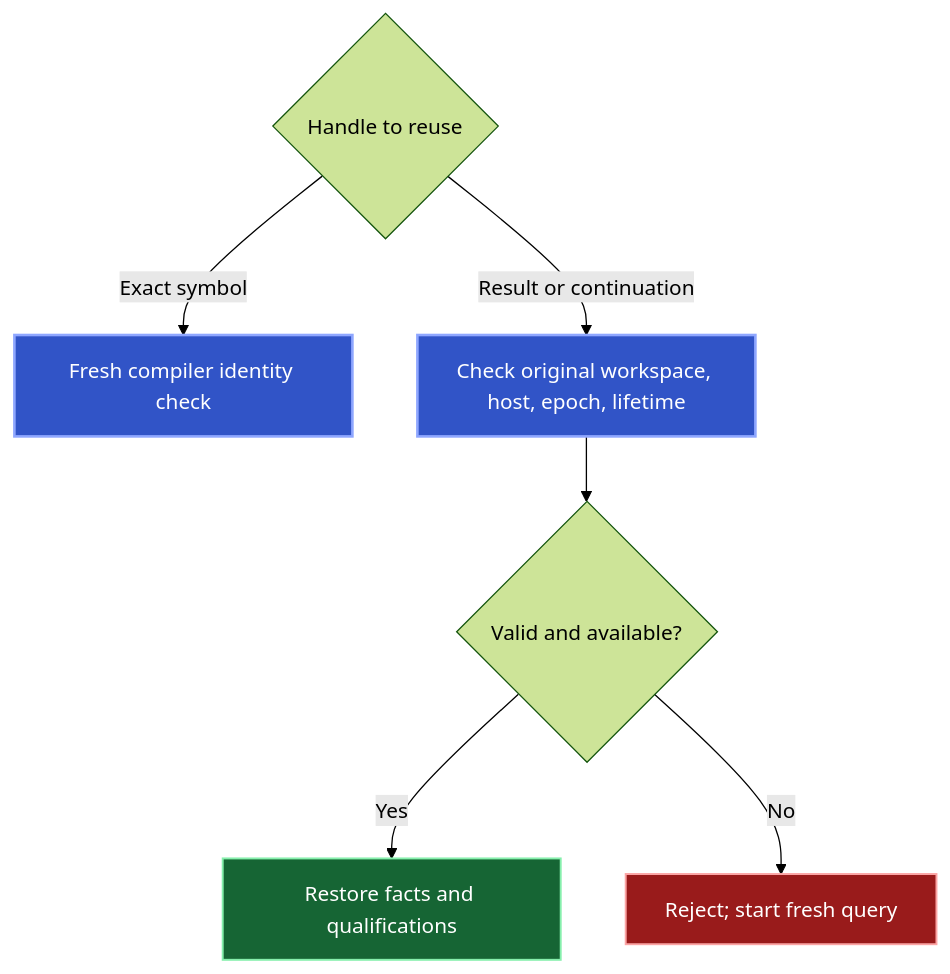
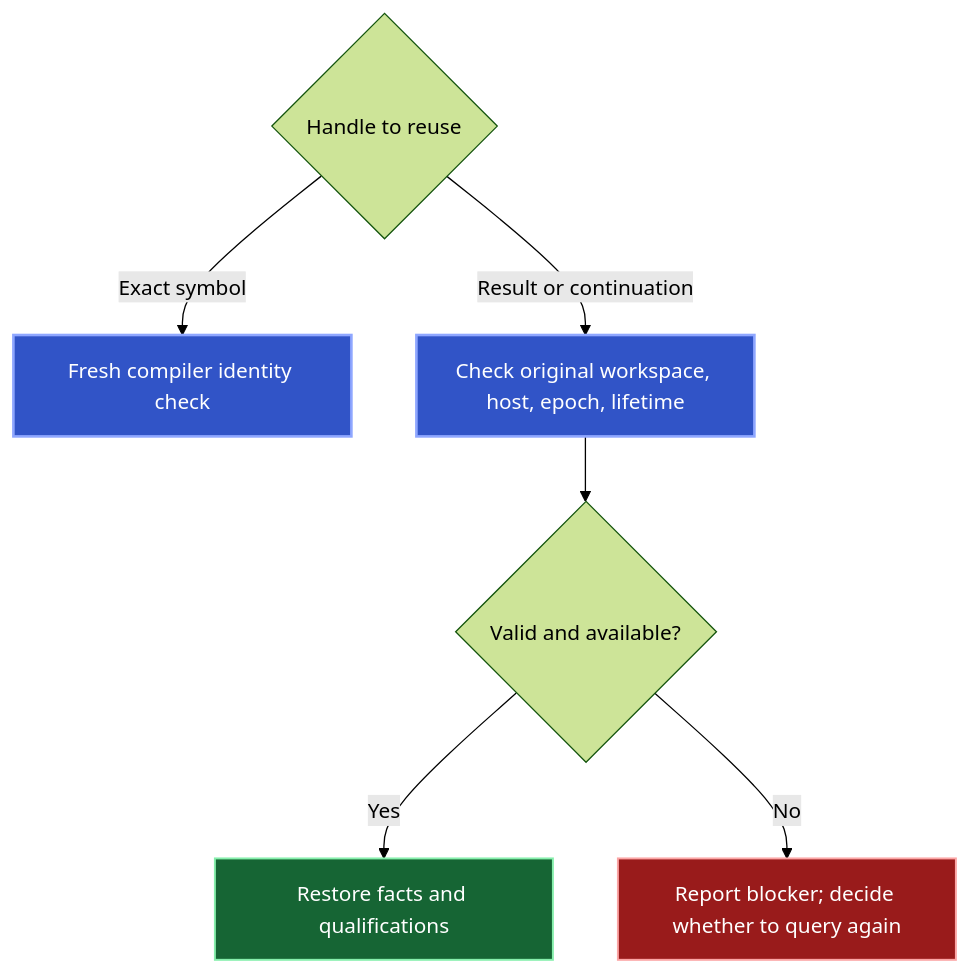
The second of 2 diagrams in docs/public/reference/responses.mdx (amichne/kast), drawn with Mermaid (forest theme) before and after one commit. The commit also changed other lines of this file and 15 other files, not shown here.

First line of the commit message:
Own bounded query delivery in portable clients (#995)

````diff
--- a/docs/public/reference/responses.mdx
+++ b/docs/public/reference/responses.mdx
@@ -148,17 +148,17 @@
 ```mermaid
 flowchart TB
-  accTitle: Exact symbols and retained execution have different reuse rules
-  accDescr: Exact symbol references can undergo fresh compiler identity checks. Retained rows and continuations require their original workspace, host, read state, and lifetime. Invalid state requires a new query.
+  accTitle: Exact symbols and retained output have different reuse rules
+  accDescr: Exact symbol references can undergo fresh compiler identity checks. Retained rows and continuations require their original workspace, host, read state, and lifetime. Invalid state blocks delivery; a fresh query requires a new decision.
   H{"Handle to reuse"} -->|Exact symbol| E["Fresh compiler identity check"]
   H -->|Result or continuation| S["Check original workspace, host, epoch, lifetime"]
   S --> V{"Valid and available?"}
   V -->|Yes| R["Restore facts and qualifications"]
-  V -->|No| N["Reject; start fresh query"]
+  V -->|No| N["Report blocker; decide whether to query again"]
   class E,S authority;
   class R evidence;
   class N rejected;
   classDef authority fill:#3154C7,color:#FFFFFF,stroke:#8FA7FF,stroke-width:2px;
   classDef evidence fill:#166534,color:#FFFFFF,stroke:#86EFAC,stroke-width:1.5px;
   classDef limited fill:#92400E,color:#FFFFFF,stroke:#FCD34D,stroke-width:1.5px;
   classDef rejected fill:#991B1B,color:#FFFFFF,stroke:#FCA5A5,stroke-width:1.5px;
 ```
````
